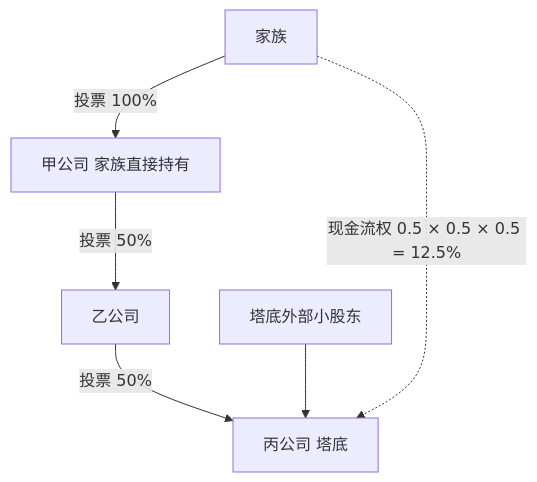
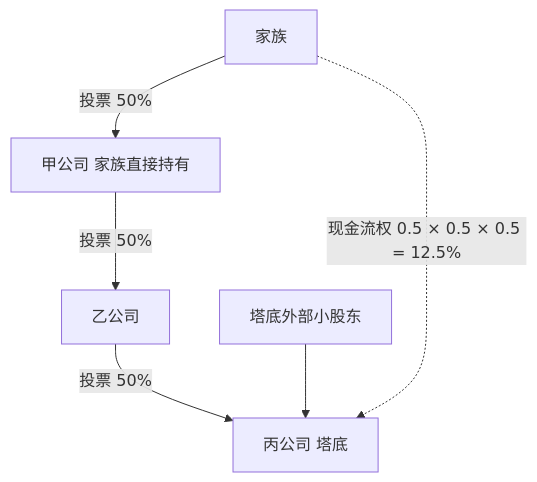
Before and after one commit to xhongduo-tech/xhongduo-tech.github.io: the second of 2 diagrams in docs/econ/family-firms-pyramids.md, drawn with Mermaid. The commit also changed 2 other files, not shown here.

Commit message:
Content review econ-176: family-pyramid voting 50 percent matches the 12.5 percent terminal cash flow, present-bias example pays 101 with the discount rounded to 80.0, and the life-cycle summary writes S=sY; the closing marginnotes are the site's recapitulation style.

````diff
--- a/docs/econ/family-firms-pyramids.md
+++ b/docs/econ/family-firms-pyramids.md
@@ -41,8 +41,8 @@
 ```mermaid
 flowchart TD
-  FAM["家族"] -->|"投票 100%"| A["甲公司 家族直接持有"]
+  FAM["家族"] -->|"投票 50%"| A["甲公司 家族直接持有"]
   A -->|"投票 50%"| B["乙公司"]
   B -->|"投票 50%"| C["丙公司 塔底"]
   EXT["塔底外部小股东"] --> C
   FAM -.->|"现金流权 0.5 × 0.5 × 0.5 = 12.5%"| C
 ```
````
